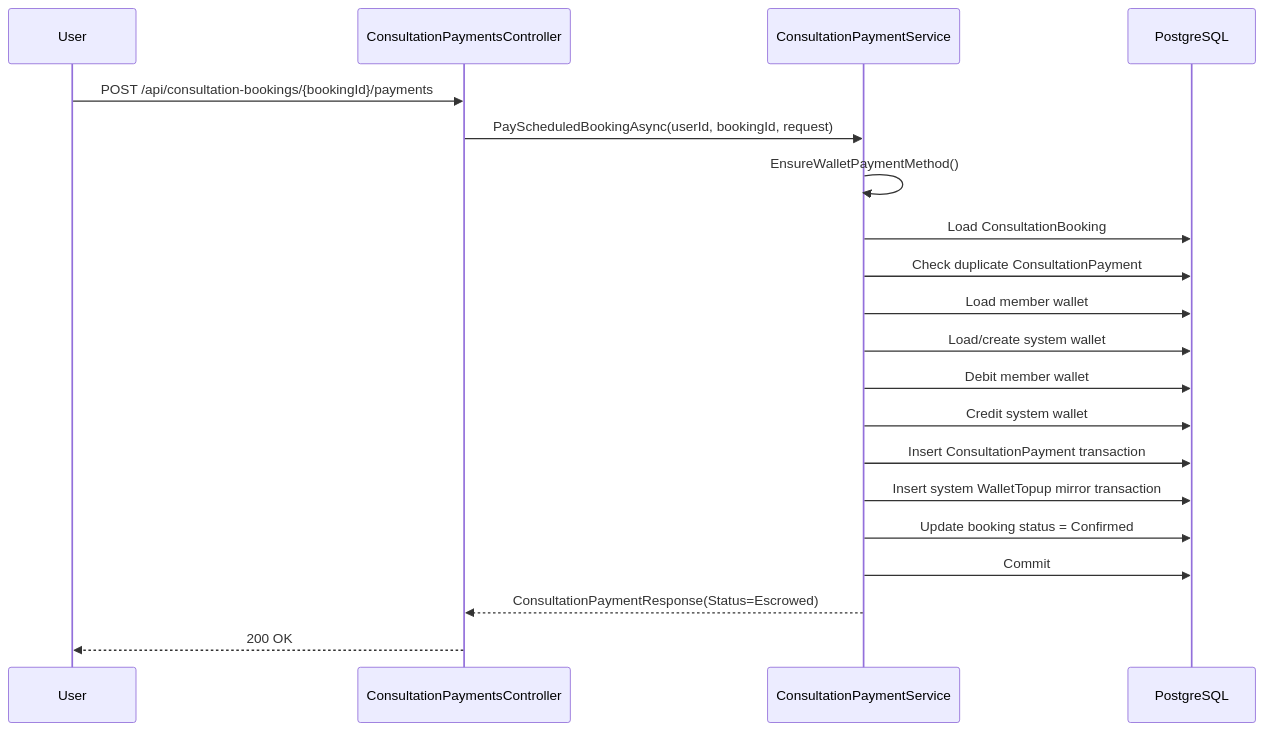
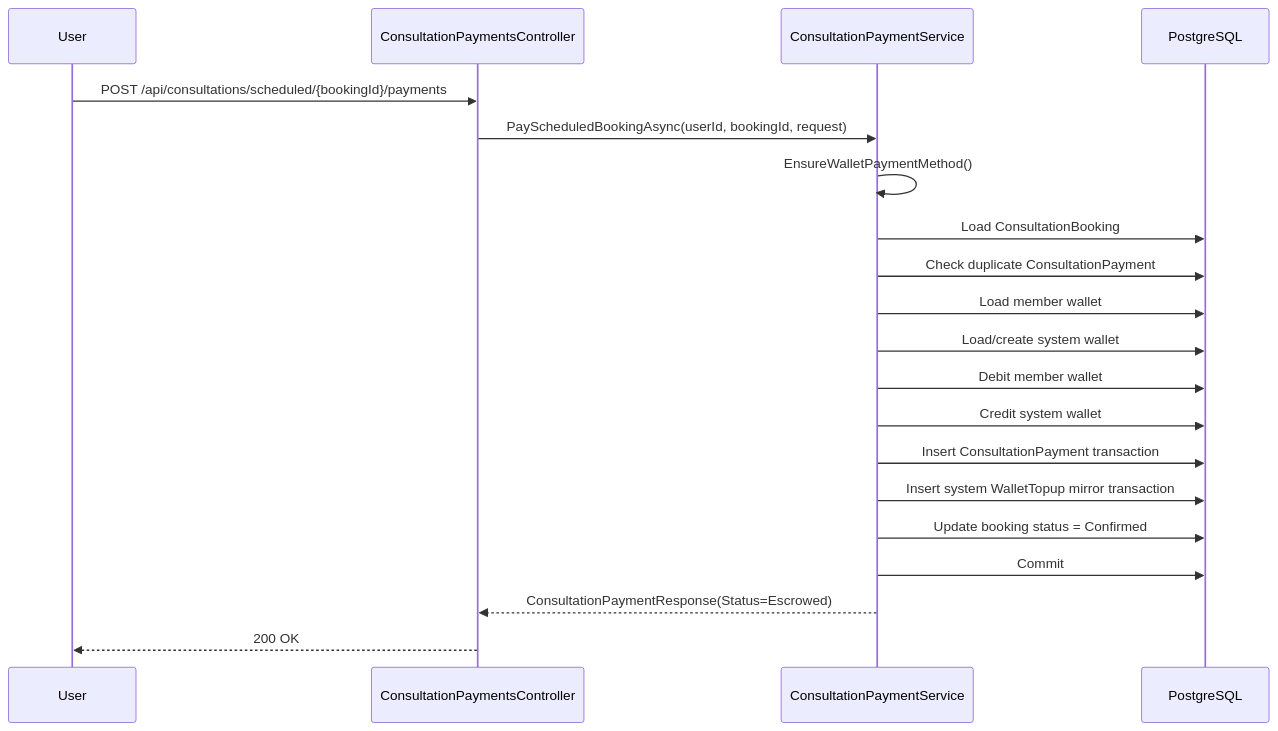
The first of 6 diagrams in Docs/05-Backend/01-flows/P3-consulting/Consultation API Implement/operations/05-payment-and-stabilization/analysis/03-sequence-flows.md (Snake-AID/SnakeAid.Docs), drawn with Mermaid before and after one commit. The commit also changed other lines of this file and 16 other files, not shown here.

````diff
--- a/Docs/05-Backend/01-flows/P3-consulting/Consultation API Implement/operations/05-payment-and-stabilization/analysis/03-sequence-flows.md
+++ b/Docs/05-Backend/01-flows/P3-consulting/Consultation API Implement/operations/05-payment-and-stabilization/analysis/03-sequence-flows.md
@@ -20,23 +20,23 @@
 ```mermaid
 sequenceDiagram
     participant User
     participant API as ConsultationPaymentsController
     participant Pay as ConsultationPaymentService
     participant DB as PostgreSQL
 
-    User->>API: POST /api/consultation-bookings/{bookingId}/payments
+    User->>API: POST /api/consultations/scheduled/{bookingId}/payments
     API->>Pay: PayScheduledBookingAsync(userId, bookingId, request)
     Pay->>Pay: EnsureWalletPaymentMethod()
     Pay->>DB: Load ConsultationBooking
     Pay->>DB: Check duplicate ConsultationPayment
     Pay->>DB: Load member wallet
     Pay->>DB: Load/create system wallet
     Pay->>DB: Debit member wallet
     Pay->>DB: Credit system wallet
     Pay->>DB: Insert ConsultationPayment transaction
     Pay->>DB: Insert system WalletTopup mirror transaction
     Pay->>DB: Update booking status = Confirmed
     Pay->>DB: Commit
     Pay-->>API: ConsultationPaymentResponse(Status=Escrowed)
     API-->>User: 200 OK
 ```
````
